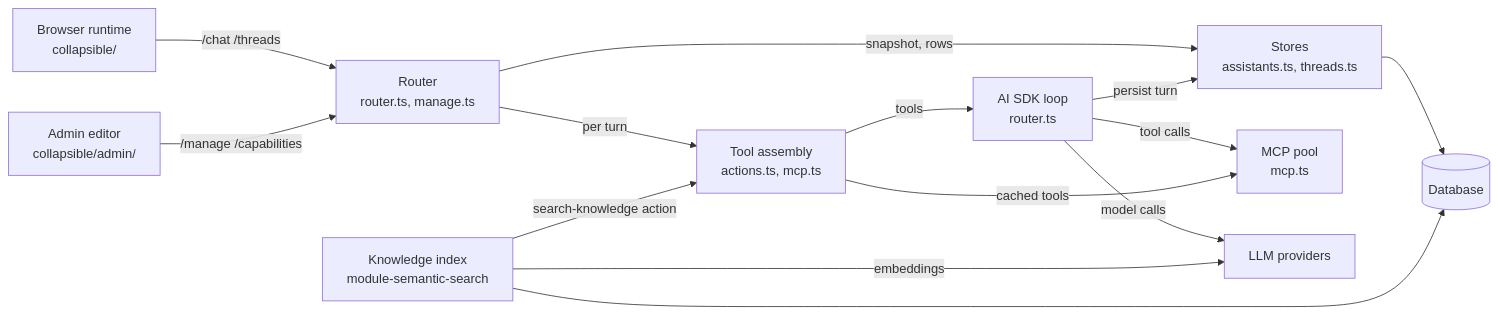
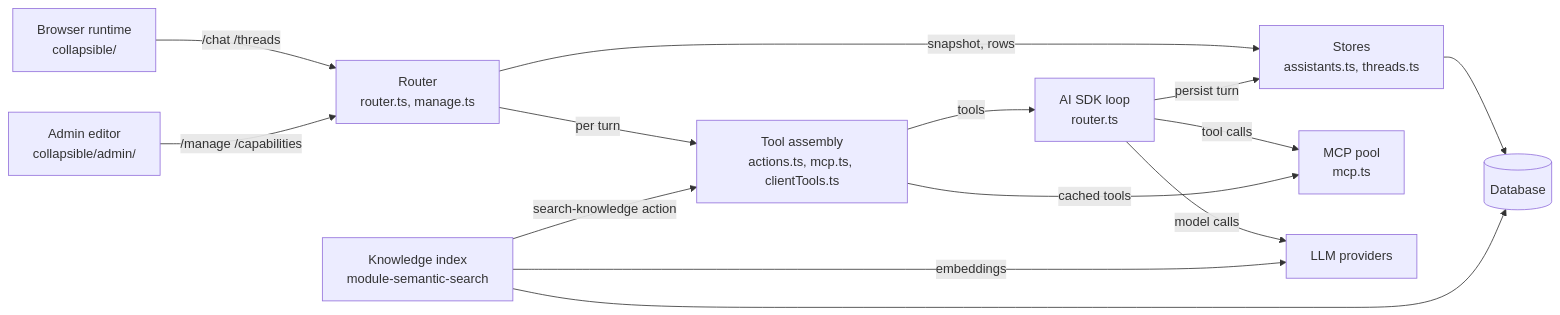
One commit to drewswiredin/backstage-assistants changed the first of 7 diagrams in docs/architecture.md. Above: the diagram before and after it, drawn with Mermaid. The commit also changed other lines of this file and 51 other files, not shown here.

First line of the commit message:
feat: client tools run in the browser as the user

````diff
--- a/docs/architecture.md
+++ b/docs/architecture.md
@@ -25,26 +25,26 @@
 ```mermaid
 flowchart LR
   RT["Browser runtime\ncollapsible/"]
   ED["Admin editor\ncollapsible/admin/"]
   RO["Router\nrouter.ts, manage.ts"]
-  TA["Tool assembly\nactions.ts, mcp.ts"]
+  TA["Tool assembly\nactions.ts, mcp.ts, clientTools.ts"]
   LP["AI SDK loop\nrouter.ts"]
   ST["Stores\nassistants.ts, threads.ts"]
   MP["MCP pool\nmcp.ts"]
   KI["Knowledge index\nmodule-semantic-search"]
   DB[("Database")]
   PV["LLM providers"]
   RT -->|"/chat /threads"| RO
   ED -->|"/manage /capabilities"| RO
   RO -->|"per turn"| TA
   TA -->|"tools"| LP
   RO -->|"snapshot, rows"| ST
   LP -->|"persist turn"| ST
   LP -->|"model calls"| PV
   LP -->|"tool calls"| MP
   TA -->|"cached tools"| MP
   ST --> DB
   KI -->|"search-knowledge action"| TA
   KI -->|"embeddings"| PV
   KI --> DB
 ```
````
